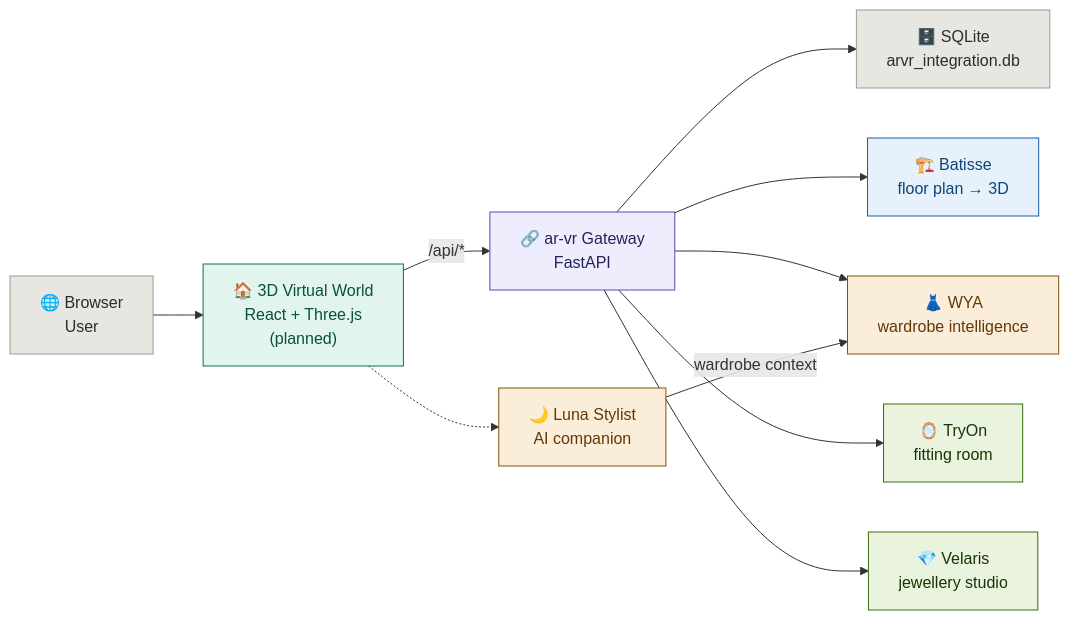
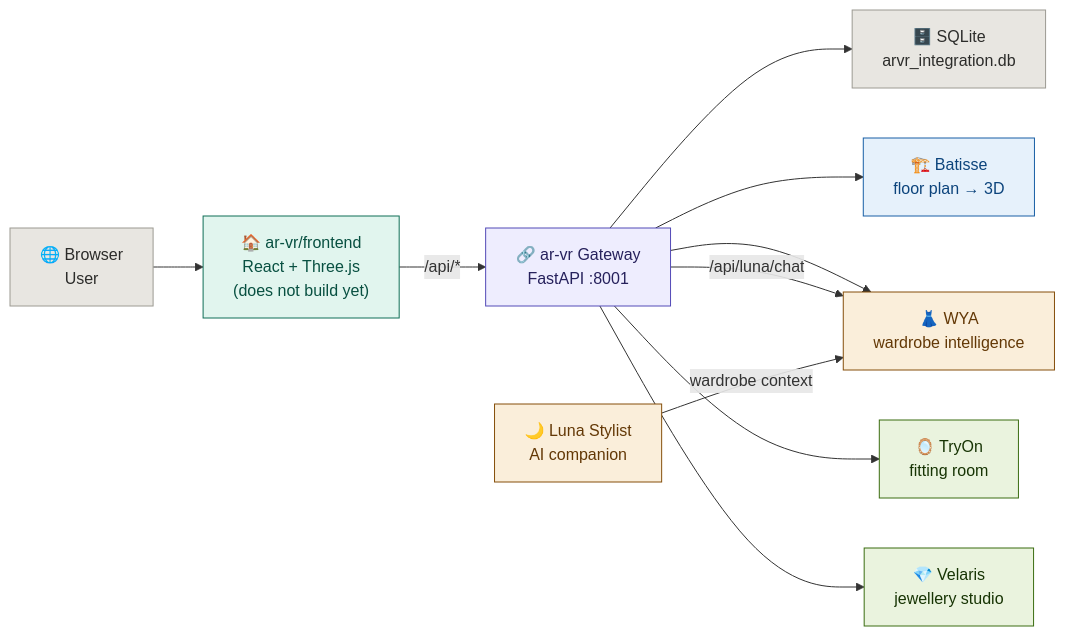
One commit to ria0304/ORVYNE changed the diagram in README.md. Above: the diagram before and after it, drawn with Mermaid. The commit also changed other lines of this file, not shown here.

````diff
--- a/README.md
+++ b/README.md
@@ -181,29 +193,29 @@
 ```mermaid
 flowchart LR
     A["🌐 Browser<br/>User"]:::gray
-    B["🏠 3D Virtual World<br/>React + Three.js<br/>(planned)"]:::teal
-    C["🔗 ar-vr Gateway<br/>FastAPI"]:::purple
+    B["🏠 ar-vr/frontend<br/>React + Three.js<br/>(does not build yet)"]:::teal
+    C["🔗 ar-vr Gateway<br/>FastAPI :8001"]:::purple
     D["🗄️ SQLite<br/>arvr_integration.db"]:::gray
     E["🏗️ Batisse<br/>floor plan → 3D"]:::blue
     F["👗 WYA<br/>wardrobe intelligence"]:::amber
     G["🪞 TryOn<br/>fitting room"]:::green
     H["💎 Velaris<br/>jewellery studio"]:::green
     I["🌙 Luna Stylist<br/>AI companion"]:::amber
 
     A --> B
     B -->|"/api/*"| C
     C --> D
     C --> E
     C --> F
     C --> G
     C --> H
+    C -->|"/api/luna/chat"| F
     I -->|"wardrobe context"| F
-    B -.-> I
 
     classDef gray   fill:#e8e6e1,stroke:#9c9a92,color:#2C2C2A
     classDef teal   fill:#E1F5EE,stroke:#0F6E56,color:#085041
     classDef blue   fill:#E6F1FB,stroke:#185FA5,color:#0C447C
     classDef amber  fill:#FAEEDA,stroke:#854F0B,color:#633806
     classDef purple fill:#EEEDFE,stroke:#534AB7,color:#26215C
     classDef green  fill:#EAF3DE,stroke:#3B6D11,color:#173404
 ```
````
